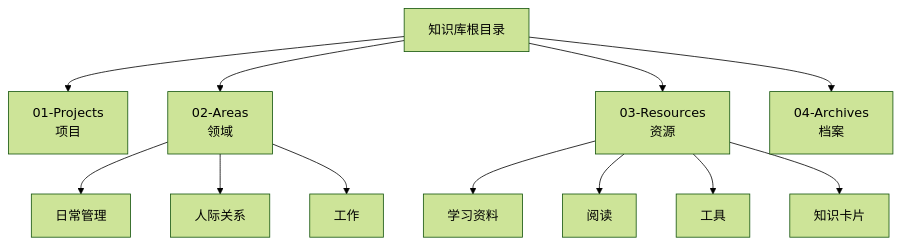
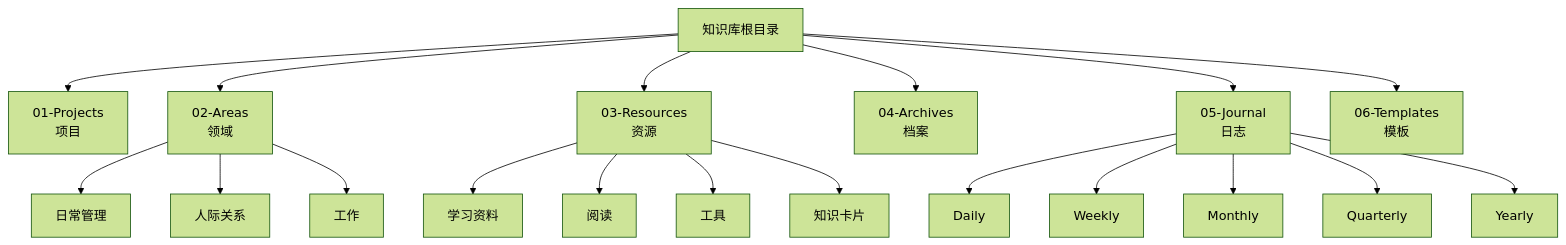
The first of 3 diagrams in 00-PARA系统中心.md (SAM-yuan-shan/Economics-Undergraduate-Notes), drawn with Mermaid (forest theme) before and after one commit. The commit also changed other lines of this file and 18 other files, not shown here.

Commit message:
Add Journal system structure and templates

````diff
--- a/00-PARA系统中心.md
+++ b/00-PARA系统中心.md
@@ -31,16 +49,24 @@
 ```mermaid
 graph TD
     ROOT[知识库根目录] --> P[01-Projects<br/>项目]
     ROOT --> A[02-Areas<br/>领域]
     ROOT --> R[03-Resources<br/>资源]
     ROOT --> AR[04-Archives<br/>档案]
+    ROOT --> J[05-Journal<br/>日志]
+    ROOT --> T[06-Templates<br/>模板]
     
     A --> A1[日常管理]
     A --> A2[人际关系]
     A --> A3[工作]
     
     R --> R1[学习资料]
     R --> R2[阅读]
     R --> R3[工具]
     R --> R4[知识卡片]
+
+    J --> J1[Daily]
+    J --> J2[Weekly]
+    J --> J3[Monthly]
+    J --> J4[Quarterly]
+    J --> J5[Yearly]
 ```
````
